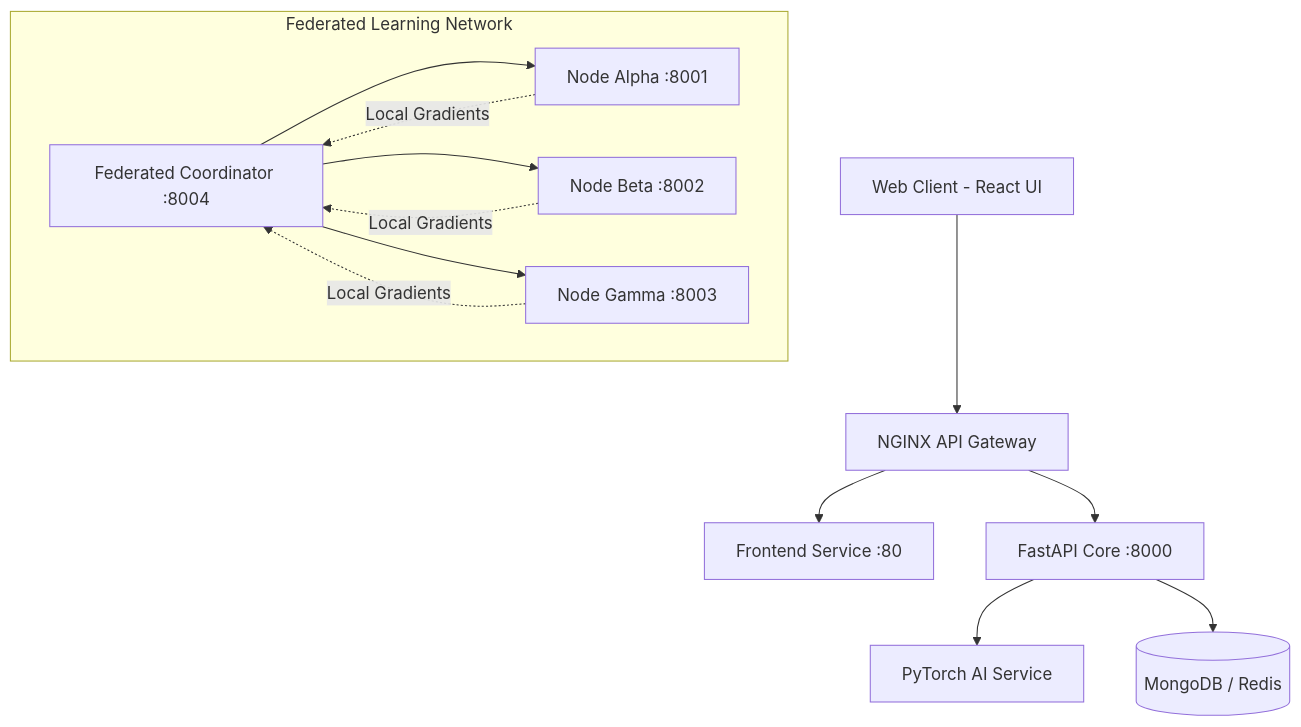
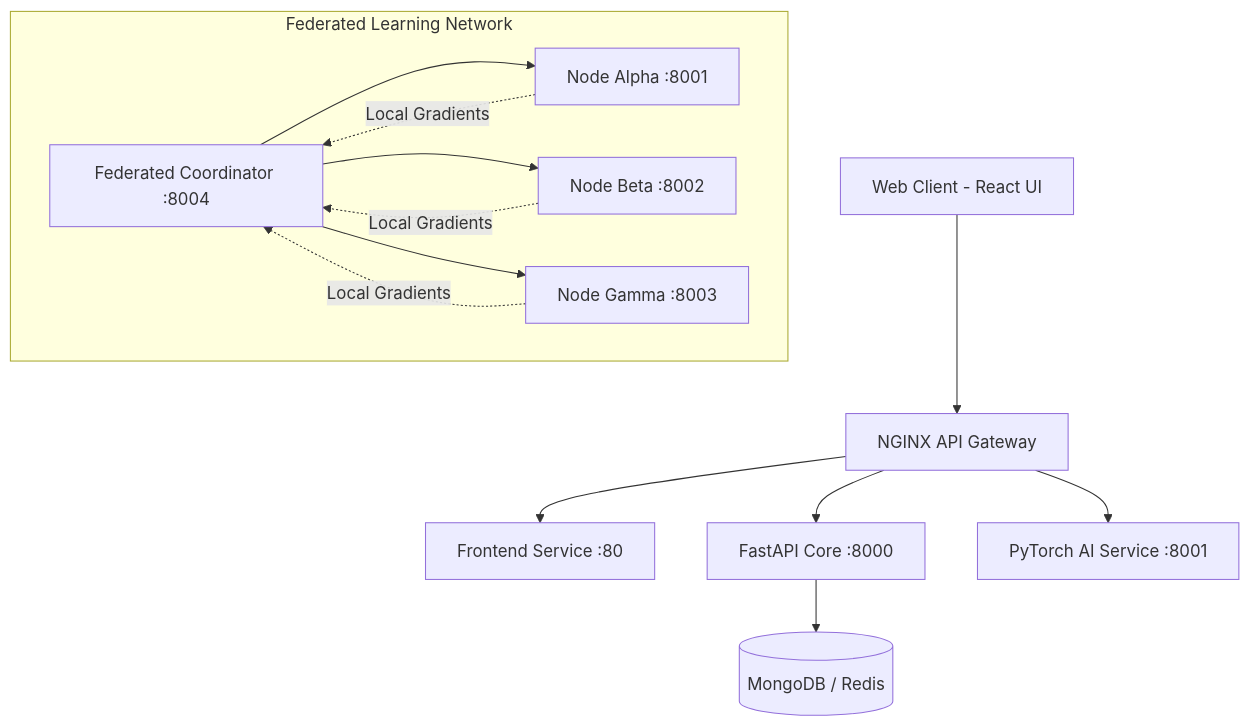
Before and after one commit to MBGIRISH/CANCER--AI-DETECTION: the diagram in README.md, drawn with Mermaid. The commit also changed other lines of this file and 13 other files, not shown here.

````diff
--- a/README.md
+++ b/README.md
@@ -29,18 +31,19 @@
 ```mermaid
 graph TD
     Client[Web Client - React UI] --> NGINX[NGINX API Gateway]
     NGINX --> Frontend[Frontend Service :80]
     NGINX --> Backend[FastAPI Core :8000]
-    Backend --> AI_Inference[PyTorch AI Service]
+    NGINX --> AI_Inference[PyTorch AI Service :8001]
+    
     Backend --> DB[(MongoDB / Redis)]
     
     subgraph Federated Learning Network
     Coordinator[Federated Coordinator :8004] --> HospitalA[Node Alpha :8001]
     Coordinator --> HospitalB[Node Beta :8002]
     Coordinator --> HospitalC[Node Gamma :8003]
     end
     
     HospitalA -. "Local Gradients" .-> Coordinator
     HospitalB -. "Local Gradients" .-> Coordinator
     HospitalC -. "Local Gradients" .-> Coordinator
 ```
````
